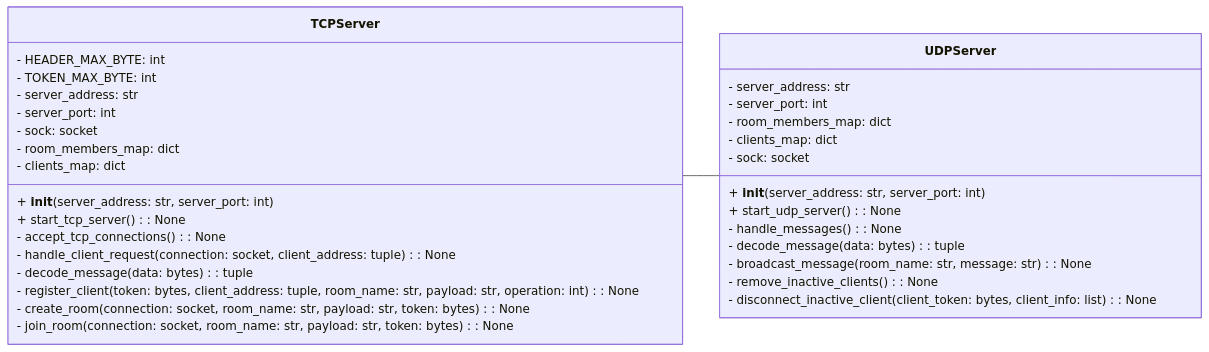
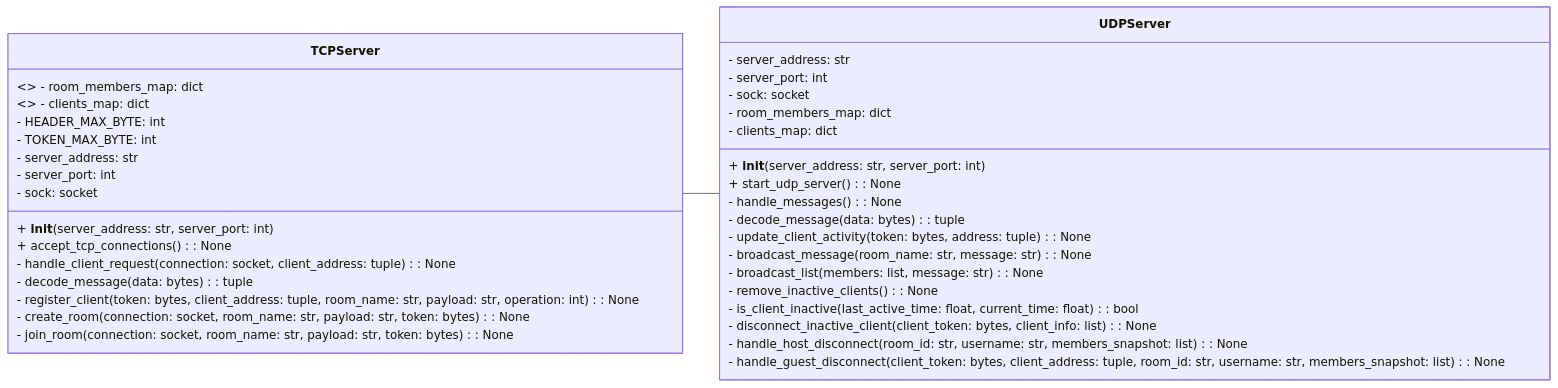
One commit to BackendExplorer/Online-Chat-Service changed the third of 4 diagrams in README.md. Above: the diagram before and after it, drawn with Mermaid.

````diff
--- a/README.md
+++ b/README.md
@@ -349,40 +349,46 @@
 ```mermaid
+
 %%{init: {'themeVariables': {'scale': 0.3}}}%%
 classDiagram
 direction LR
 
-TCPServer -- UDPServer
-
 class TCPServer {
+    <<static>> - room_members_map: dict
+    <<static>> - clients_map: dict
     - HEADER_MAX_BYTE: int
     - TOKEN_MAX_BYTE: int
     - server_address: str
     - server_port: int
     - sock: socket
-    - room_members_map: dict
-    - clients_map: dict
     + __init__(server_address: str, server_port: int)
-    + start_tcp_server(): None
-    - accept_tcp_connections(): None
+    + accept_tcp_connections(): None
     - handle_client_request(connection: socket, client_address: tuple): None
     - decode_message(data: bytes): tuple
     - register_client(token: bytes, client_address: tuple, room_name: str, payload: str, operation: int): None
     - create_room(connection: socket, room_name: str, payload: str, token: bytes): None
     - join_room(connection: socket, room_name: str, payload: str, token: bytes): None
 }
 
 class UDPServer {
     - server_address: str
     - server_port: int
+    - sock: socket
     - room_members_map: dict
     - clients_map: dict
-    - sock: socket
     + __init__(server_address: str, server_port: int)
     + start_udp_server(): None
     - handle_messages(): None
     - decode_message(data: bytes): tuple
+    - update_client_activity(token: bytes, address: tuple): None
     - broadcast_message(room_name: str, message: str): None
+    - broadcast_list(members: list, message: str): None
     - remove_inactive_clients(): None
+    - is_client_inactive(last_active_time: float, current_time: float): bool
     - disconnect_inactive_client(client_token: bytes, client_info: list): None
+    - handle_host_disconnect(room_id: str, username: str, members_snapshot: list): None
+    - handle_guest_disconnect(client_token: bytes, client_address: tuple, room_id: str, username: str, members_snapshot: list): None
 }
+
+TCPServer -- UDPServer
+
 ```
````
